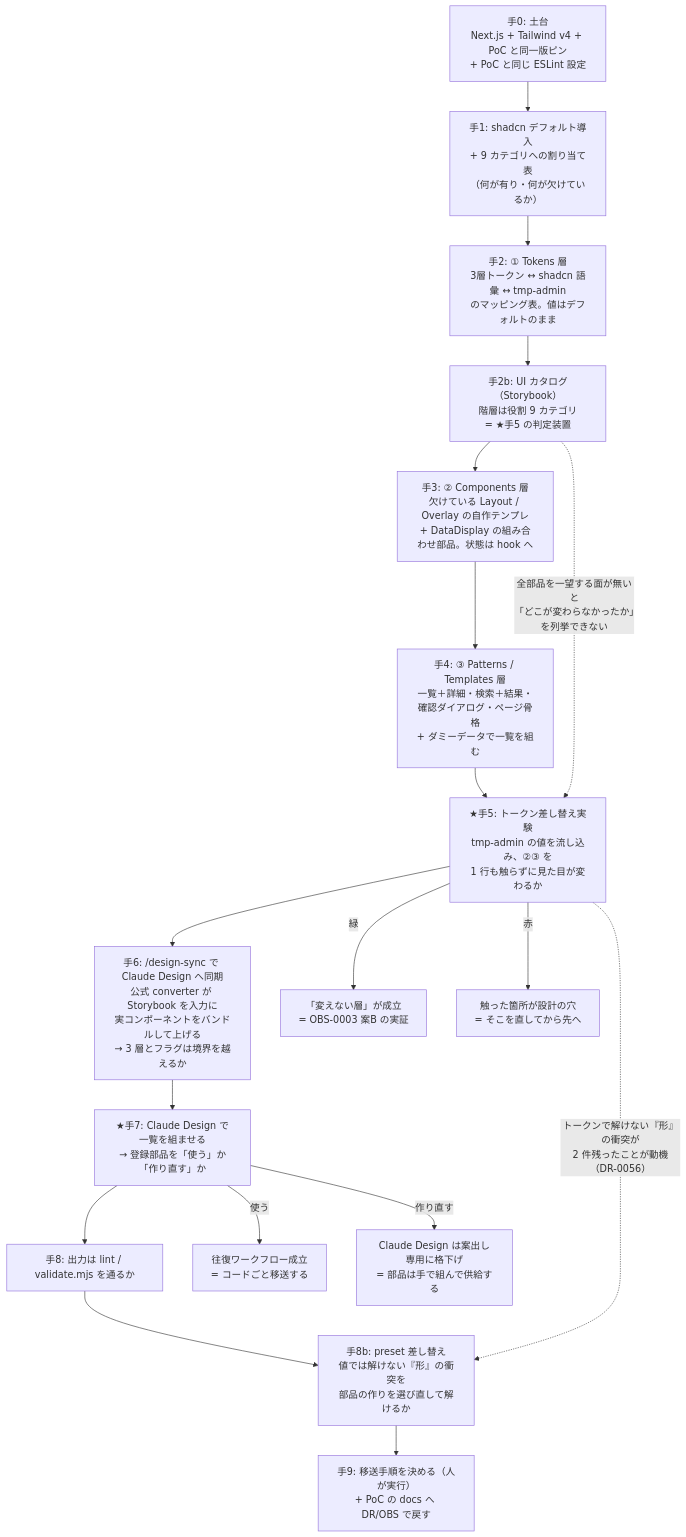
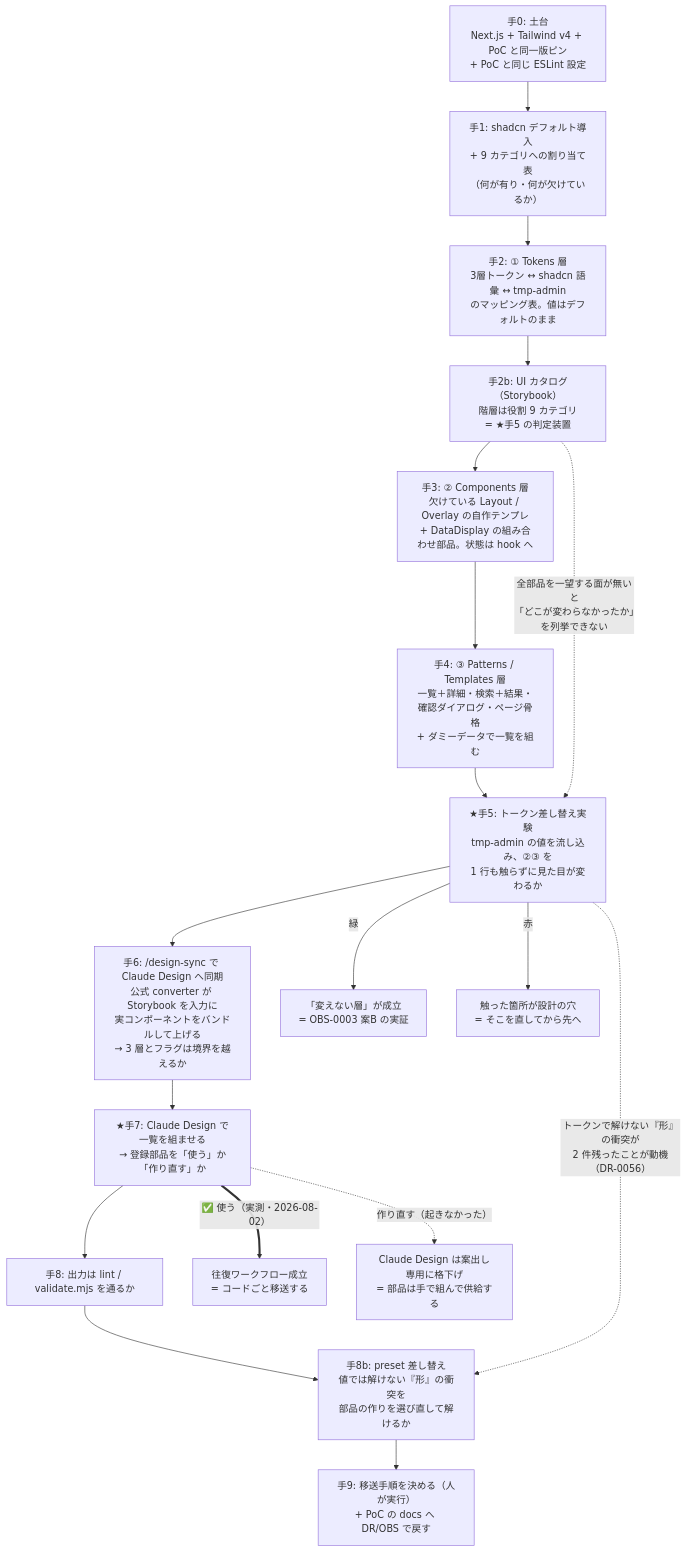
One commit to yatami0/design changed the third of 3 diagrams in docs/UI検証の位置づけと段取り.md. Above: the diagram before and after it, drawn with Mermaid. The commit also changed other lines of this file and 8 other files, not shown here.

````diff
--- a/docs/UI検証の位置づけと段取り.md
+++ b/docs/UI検証の位置づけと段取り.md
@@ -140,24 +140,24 @@
 ```mermaid
 flowchart TD
   H0["手0: 土台<br/>Next.js + Tailwind v4 + PoC と同一版ピン<br/>+ PoC と同じ ESLint 設定"]
   H1["手1: shadcn デフォルト導入<br/>+ 9 カテゴリへの割り当て表<br/>（何が有り・何が欠けているか）"]
   H2["手2: ① Tokens 層<br/>3層トークン ↔ shadcn 語彙 ↔ tmp-admin<br/>のマッピング表。値はデフォルトのまま"]
   H2B["手2b: UI カタログ（Storybook）<br/>階層は役割 9 カテゴリ<br/>= ★手5 の判定装置"]
   H3["手3: ② Components 層<br/>欠けている Layout / Overlay の自作テンプレ<br/>+ DataDisplay の組み合わせ部品。状態は hook へ"]
   H4["手4: ③ Patterns / Templates 層<br/>一覧＋詳細・検索＋結果・確認ダイアログ・ページ骨格<br/>+ ダミーデータで一覧を組む"]
   H5["★手5: トークン差し替え実験<br/>tmp-admin の値を流し込み、②③ を<br/>1 行も触らずに見た目が変わるか"]
   H6["手6: /design-sync で Claude Design へ同期<br/>公式 converter が Storybook を入力に<br/>実コンポーネントをバンドルして上げる<br/>→ 3 層とフラグは境界を越えるか"]
   H7["★手7: Claude Design で一覧を組ませる<br/>→ 登録部品を「使う」か「作り直す」か"]
   H8["手8: 出力は lint / validate.mjs を通るか"]
   H8B["手8b: preset 差し替え<br/>値では解けない『形』の衝突を<br/>部品の作りを選び直して解けるか"]
   H9["手9: 移送手順を決める（人が実行）<br/>+ PoC の docs へ DR/OBS で戻す"]
 
   H0 --> H1 --> H2 --> H2B --> H3 --> H4 --> H5 --> H6 --> H7 --> H8 --> H8B --> H9
   H2B -. "全部品を一望する面が無いと<br/>「どこが変わらなかったか」を列挙できない" .-> H5
   H5 -. "トークンで解けない『形』の衝突が<br/>2 件残ったことが動機（DR-0056）" .-> H8B
 
   H5 -- "緑" --> OK5["「変えない層」が成立<br/>= OBS-0003 案B の実証"]
   H5 -- "赤" --> NG5["触った箇所が設計の穴<br/>= そこを直してから先へ"]
-  H7 -- "使う" --> OK7["往復ワークフロー成立<br/>= コードごと移送する"]
-  H7 -- "作り直す" --> NG7["Claude Design は案出し専用に格下げ<br/>= 部品は手で組んで供給する"]
+  H7 == "✅ 使う（実測・2026-08-02）" ==> OK7["往復ワークフロー成立<br/>= コードごと移送する"]
+  H7 -. "作り直す（起きなかった）" .-> NG7["Claude Design は案出し専用に格下げ<br/>= 部品は手で組んで供給する"]
 ```
````
